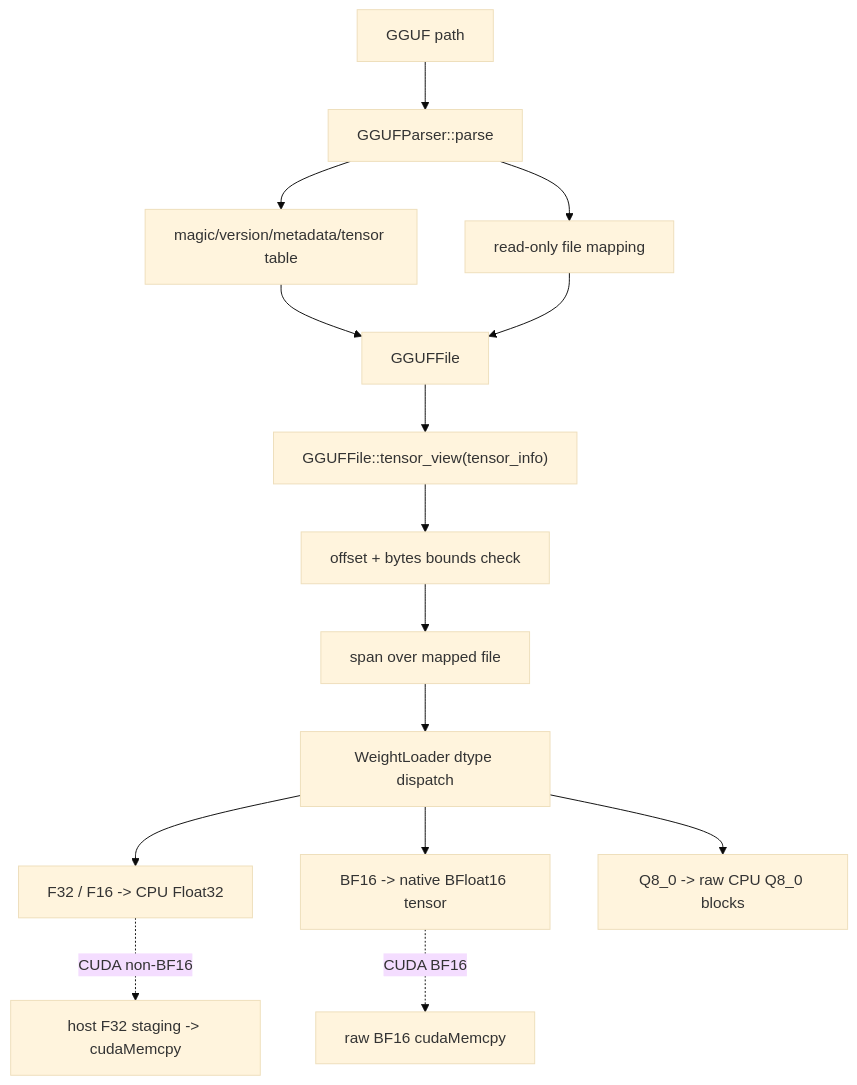
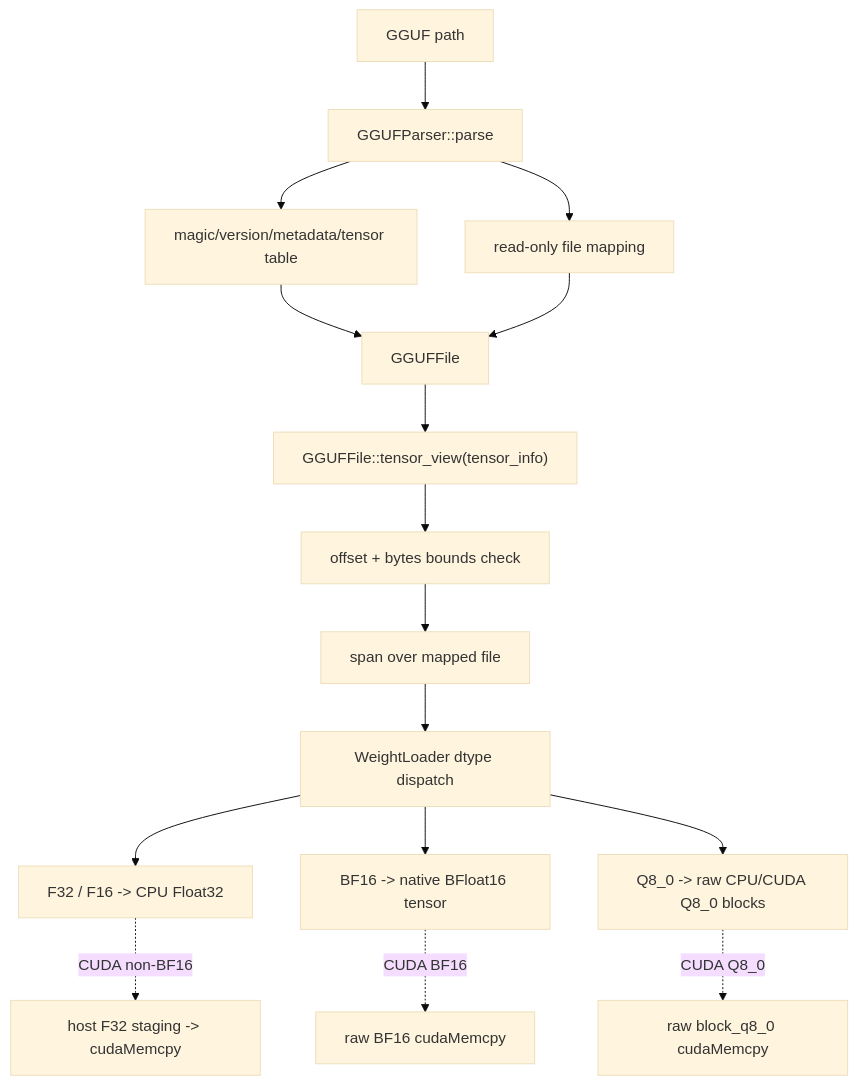
Before and after one commit to plutoaac/llmengine: the fifth of 5 diagrams in docs/design.md, drawn with Mermaid (base theme). The commit also changed other lines of this file and 13 other files, not shown here.

````diff
--- a/docs/design.md
+++ b/docs/design.md
@@ -572,17 +576,18 @@
 ```mermaid
 flowchart TD
     Path["GGUF path"] --> Parse["GGUFParser::parse"]
     Parse --> Header["magic/version/metadata/tensor table"]
     Parse --> Map["read-only file mapping"]
     Header --> File["GGUFFile"]
     Map --> File
     File --> View["GGUFFile::tensor_view(tensor_info)"]
     View --> Bounds["offset + bytes bounds check"]
     Bounds --> Raw["span<const byte> over mapped file"]
     Raw --> Select["WeightLoader dtype dispatch"]
     Select --> F32["F32 / F16 -> CPU Float32"]
     Select --> BF16["BF16 -> native BFloat16 tensor"]
-    Select --> Q8["Q8_0 -> raw CPU Q8_0 blocks"]
+    Select --> Q8["Q8_0 -> raw CPU/CUDA Q8_0 blocks"]
     F32 -. "CUDA non-BF16" .-> CudaF32["host F32 staging -> cudaMemcpy"]
     BF16 -. "CUDA BF16" .-> CudaBF16["raw BF16 cudaMemcpy"]
+    Q8 -. "CUDA Q8_0" .-> CudaQ8["raw block_q8_0 cudaMemcpy"]
 ```
````
